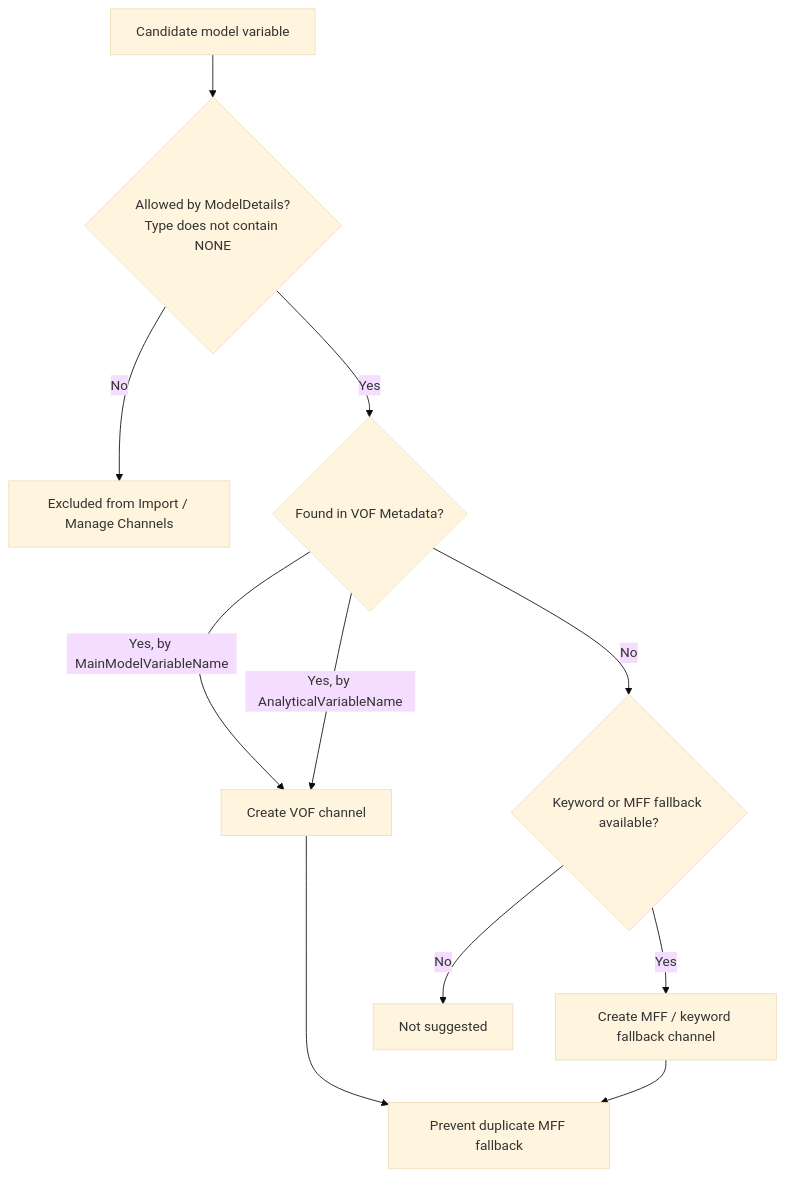
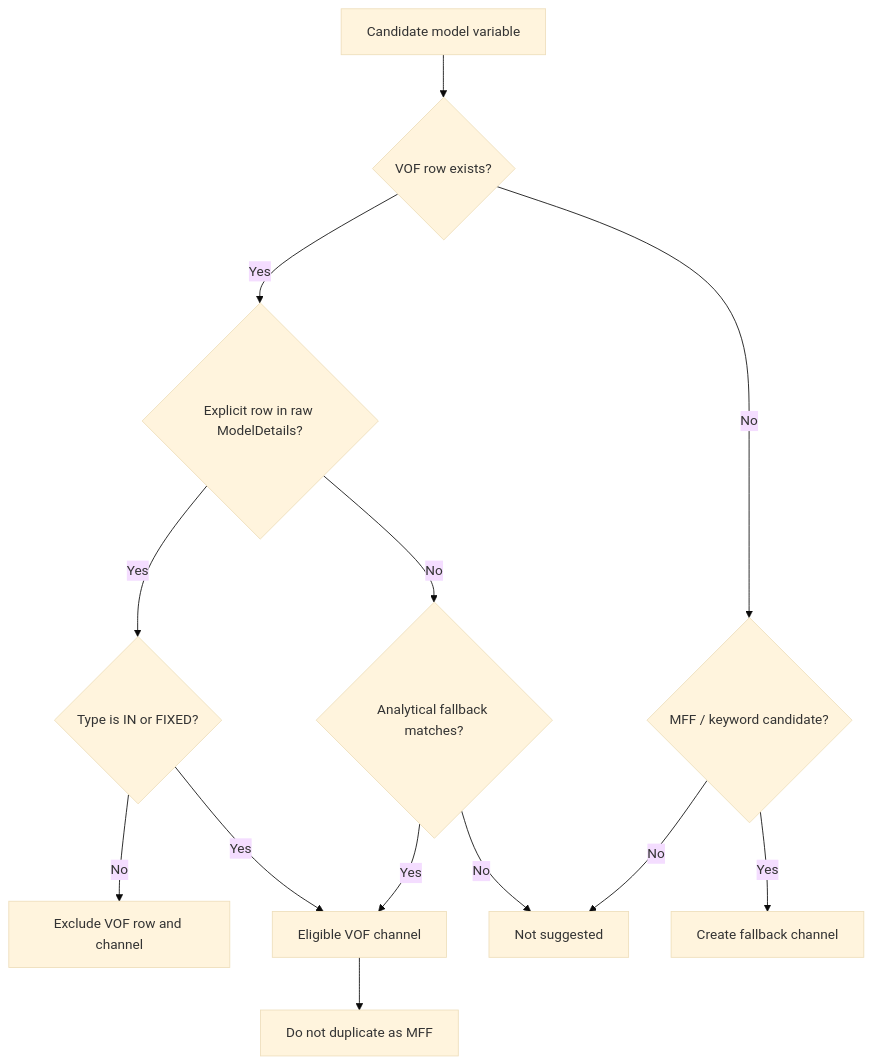
Before and after one commit to MiguelPalmaWpp/Split-Generator-for-PSO: the fourth of 9 diagrams in README.md, drawn with Mermaid (base theme). The commit also changed other lines of this file and 87 other files, not shown here.

````diff
--- a/README.md
+++ b/README.md
@@ -181,13 +188,15 @@
 ```mermaid
 flowchart TD
-    A["Candidate model variable"] --> B{"Allowed by ModelDetails?<br/>Type does not contain NONE"}
-    B -- "No" --> X["Excluded from Import / Manage Channels"]
-    B -- "Yes" --> C{"Found in VOF Metadata?"}
-    C -- "Yes, by MainModelVariableName" --> V["Create VOF channel"]
-    C -- "Yes, by AnalyticalVariableName" --> V
-    C -- "No" --> D{"Keyword or MFF fallback available?"}
-    D -- "Yes" --> M["Create MFF / keyword fallback channel"]
-    D -- "No" --> N["Not suggested"]
-    V --> E["Prevent duplicate MFF fallback"]
-    M --> E
+    A["Candidate model variable"] --> B{"VOF row exists?"}
+    B -- "Yes" --> C{"Explicit row in raw ModelDetails?"}
+    C -- "Yes" --> T{"Type is IN or FIXED?"}
+    T -- "No" --> X["Exclude VOF row and channel"]
+    T -- "Yes" --> V["Eligible VOF channel"]
+    C -- "No" --> F{"Analytical fallback matches?"}
+    F -- "Yes" --> V
+    F -- "No" --> N["Not suggested"]
+    B -- "No" --> D{"MFF / keyword candidate?"}
+    D -- "Yes" --> M["Create fallback channel"]
+    D -- "No" --> N
+    V --> E["Do not duplicate as MFF"]
 ```
````
